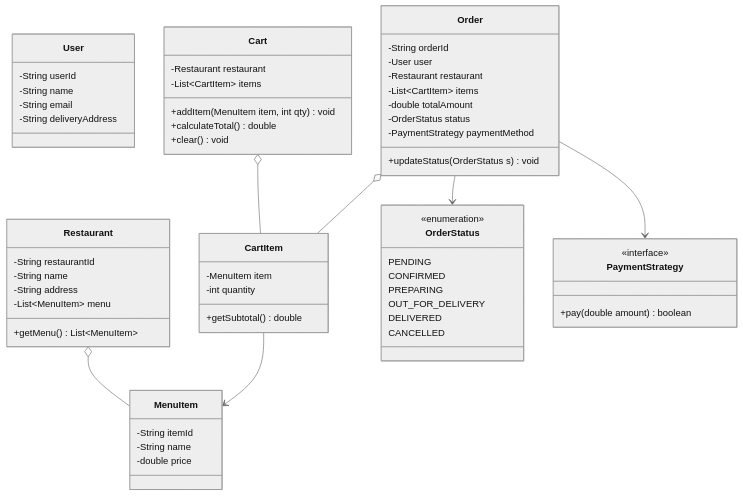
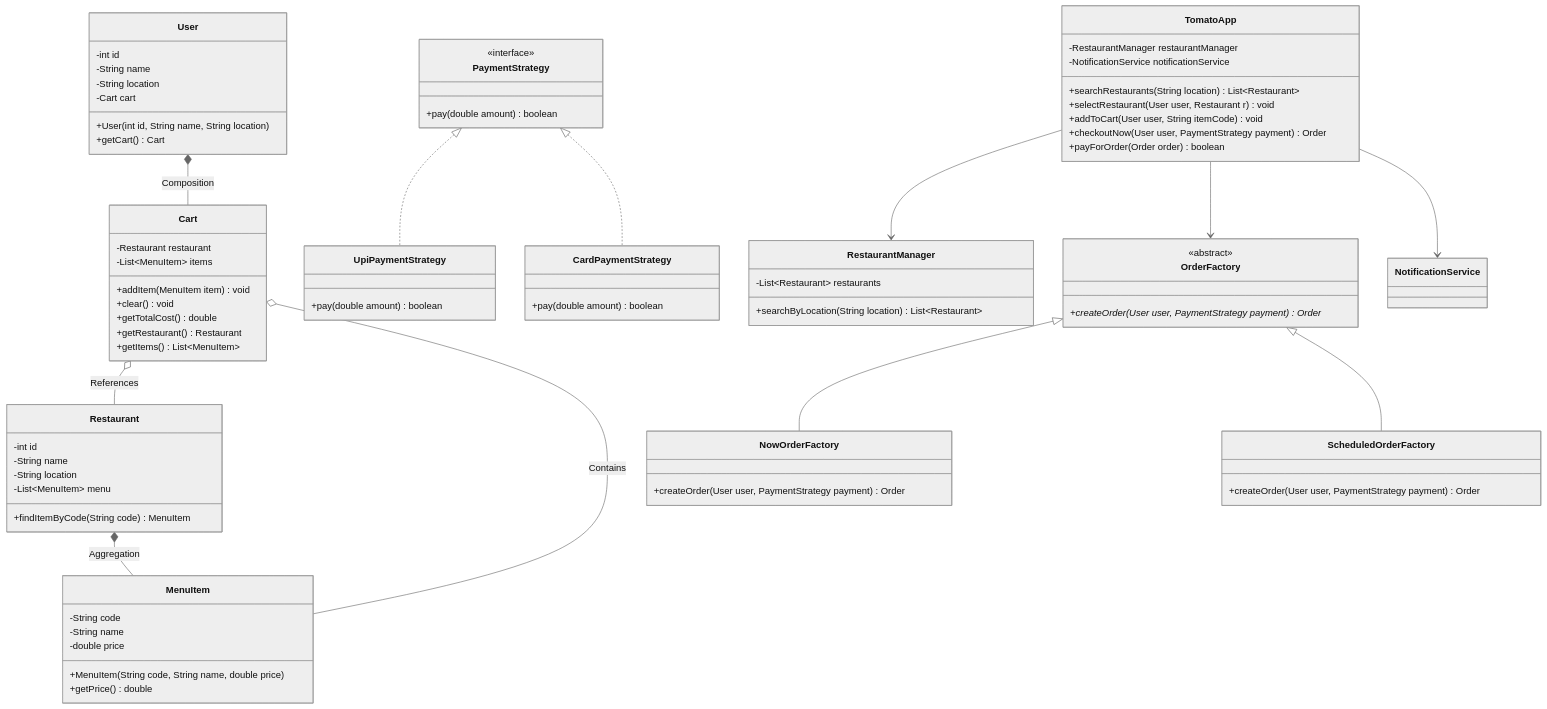
One commit to rohithgowda18/Notes changed the second of 3 diagrams in 04-OOPs-and-Design-Patterns/04-LLD-Case-Studies/11-Build-Zomato-Food-Delivery-App.md. Above: the diagram before and after it, drawn with Mermaid (neutral theme). The commit also changed other lines of this file and 30 other files, not shown here.

````diff
--- a/04-OOPs-and-Design-Patterns/04-LLD-Case-Studies/11-Build-Zomato-Food-Delivery-App.md
+++ b/04-OOPs-and-Design-Patterns/04-LLD-Case-Studies/11-Build-Zomato-Food-Delivery-App.md
@@ -23,70 +77,84 @@
 ```mermaid
 classDiagram
+    %% Core Entities
     class User {
-        -String userId
+        -int id
         -String name
-        -String email
-        -String deliveryAddress
-    }
-
-    class MenuItem {
-        -String itemId
-        -String name
-        -double price
-    }
-
-    class Restaurant {
-        -String restaurantId
-        -String name
-        -String address
-        -List~MenuItem~ menu
-        +getMenu() List~MenuItem~
-    }
-
-    class CartItem {
-        -MenuItem item
-        -int quantity
-        +getSubtotal() double
+        -String location
+        -Cart cart
+        +User(int id, String name, String location)
+        +getCart() Cart
     }
 
     class Cart {
         -Restaurant restaurant
-        -List~CartItem~ items
-        +addItem(MenuItem item, int qty) void
-        +calculateTotal() double
+        -List~MenuItem~ items
+        +addItem(MenuItem item) void
         +clear() void
+        +getTotalCost() double
+        +getRestaurant() Restaurant
+        +getItems() List~MenuItem~
     }
 
-    class OrderStatus {
-        <<enumeration>>
-        PENDING
-        CONFIRMED
-        PREPARING
-        OUT_FOR_DELIVERY
-        DELIVERED
-        CANCELLED
+    class MenuItem {
+        -String code
+        -String name
+        -double price
+        +MenuItem(String code, String name, double price)
+        +getPrice() double
     }
 
-    class Order {
-        -String orderId
-        -User user
-        -Restaurant restaurant
-        -List~CartItem~ items
-        -double totalAmount
-        -OrderStatus status
-        -PaymentStrategy paymentMethod
-        +updateStatus(OrderStatus s) void
+    class Restaurant {
+        -int id
+        -String name
+        -String location
+        -List~MenuItem~ menu
+        +findItemByCode(String code) MenuItem
     }
 
+    User *-- Cart : Composition
+    Cart o-- Restaurant : References
+    Cart o-- MenuItem : Contains
+    Restaurant *-- MenuItem : Aggregation
+
+    %% Managers
+    class RestaurantManager {
+        -List~Restaurant~ restaurants
+        +searchByLocation(String location) List~Restaurant~
+    }
+
+    %% Payment Strategy
     class PaymentStrategy {
         <<interface>>
         +pay(double amount) boolean
     }
+    class UpiPaymentStrategy { +pay(double amount) boolean }
+    class CardPaymentStrategy { +pay(double amount) boolean }
+    PaymentStrategy <|.. UpiPaymentStrategy
+    PaymentStrategy <|.. CardPaymentStrategy
 
-    Restaurant o-- MenuItem
-    Cart o-- CartItem
-    CartItem --> MenuItem
-    Order o-- CartItem
-    Order --> OrderStatus
-    Order --> PaymentStrategy
+    %% Order Factory Hierarchy
+    class OrderFactory {
+        <<abstract>>
+        +createOrder(User user, PaymentStrategy payment) Order*
+    }
+    class NowOrderFactory { +createOrder(User user, PaymentStrategy payment) Order }
+    class ScheduledOrderFactory { +createOrder(User user, PaymentStrategy payment) Order }
+    OrderFactory <|-- NowOrderFactory
+    OrderFactory <|-- ScheduledOrderFactory
+
+    %% Orchestrator
+    class TomatoApp {
+        -RestaurantManager restaurantManager
+        -NotificationService notificationService
+        +searchRestaurants(String location) List~Restaurant~
+        +selectRestaurant(User user, Restaurant r) void
+        +addToCart(User user, String itemCode) void
+        +checkoutNow(User user, PaymentStrategy payment) Order
+        +payForOrder(Order order) boolean
+    }
+
+    TomatoApp --> RestaurantManager
+    TomatoApp --> OrderFactory
+    TomatoApp --> NotificationService
 ```
````
